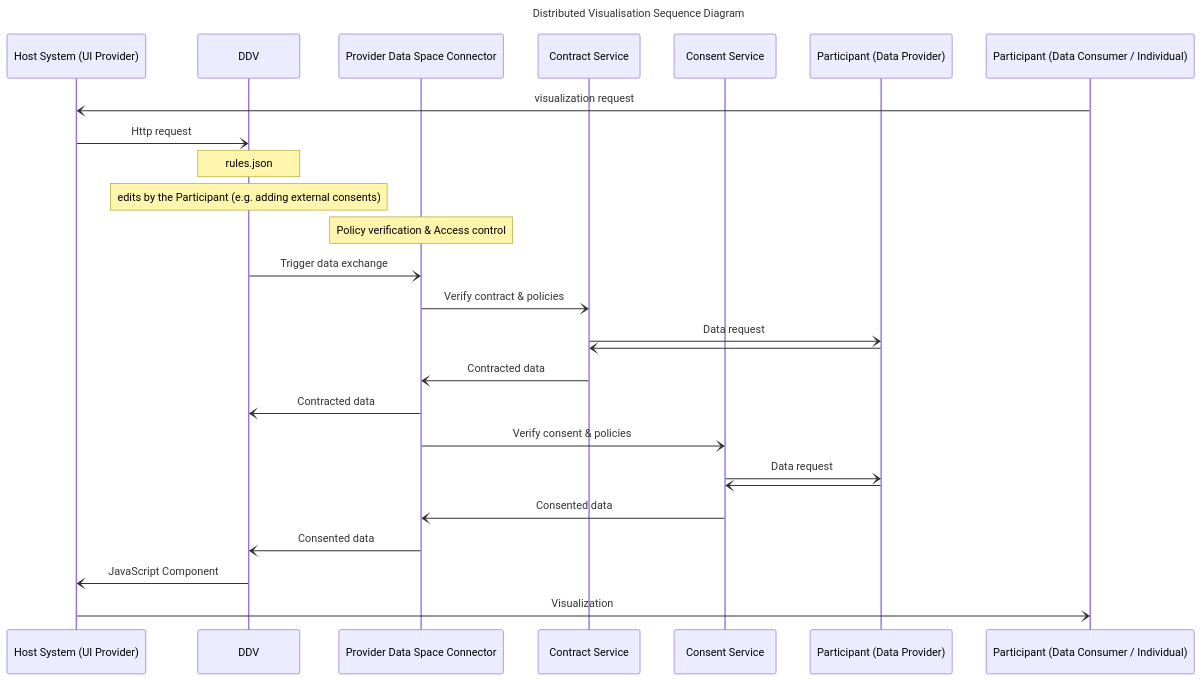
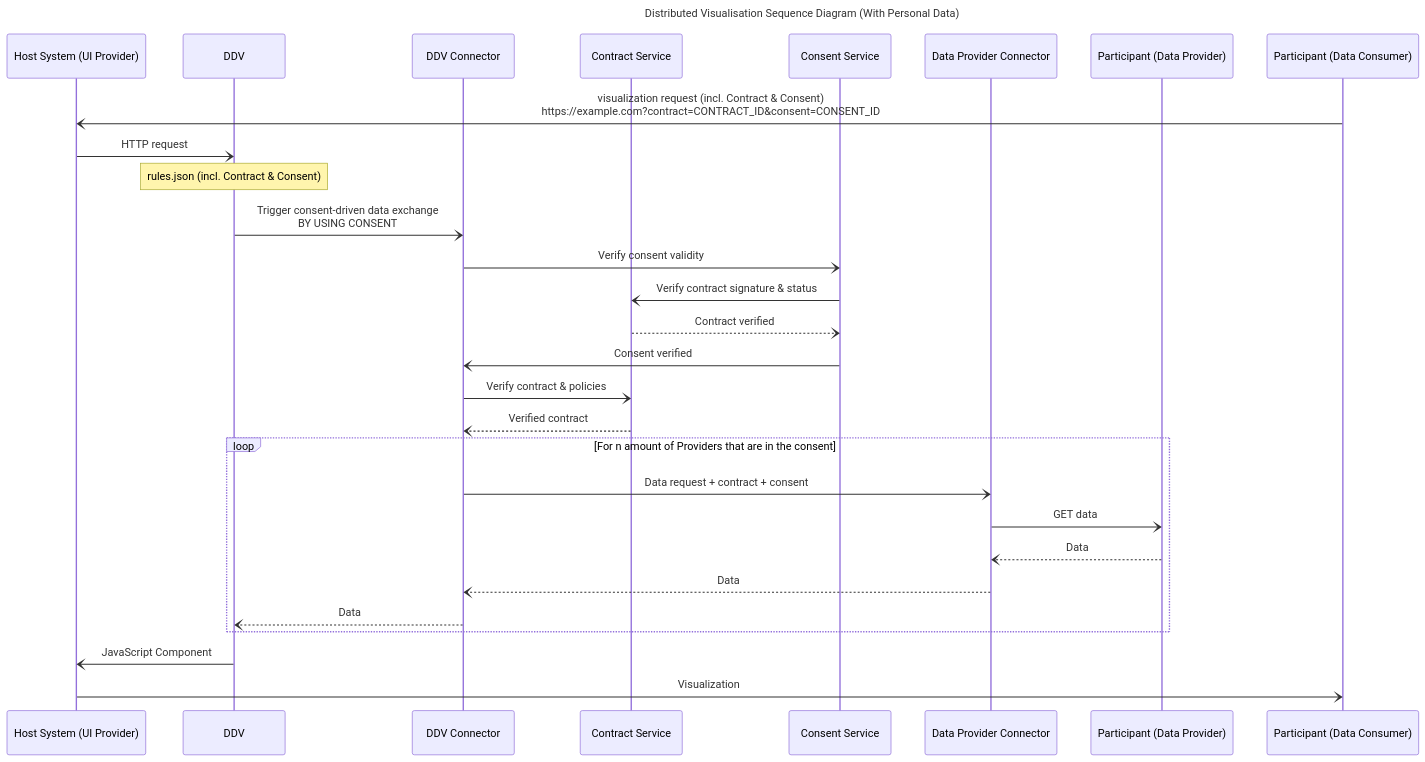
Before and after one commit to azapat/distributed-datavis: the third of 3 diagrams in docs/design-document.md, drawn with Mermaid. The commit also changed other lines of this file, not shown here.

First line of the commit message:
docs: adjusted sequence diagram & I/O section for contract & consent (#2)

````diff
--- a/docs/design-document.md
+++ b/docs/design-document.md
@@ -296,34 +346,37 @@
 ```mermaid
 ---
-title: Distributed Visualisation Sequence Diagram
+title: Distributed Visualisation Sequence Diagram (With Personal Data)
 ---
 
 sequenceDiagram
     participant host as Host System (UI Provider)
-    participant bb as DDV
-    participant provconn as Provider Data Space Connector
-    participant contract as Contract Service
-    participant consent as Consent Service
-    participant prov as Participant (Data Provider) 
-    participant cons as Participant (Data Consumer / Individual)
+    participant ddv as DDV
+    participant ddvcon as DDV Connector
+    participant con as Contract Service
+    participant cons as Consent Service
+    participant dpcon as Data Provider Connector
+    participant dp as Participant (Data Provider)
+    participant dc as Participant (Data Consumer)
 
-    cons -) host: visualization request
-    host -) bb: Http request
-    Note over bb: rules.json
-    Note over bb: edits by the Participant (e.g. adding external consents)
-    Note over provconn: Policy verification & Access control 
-    bb -) provconn: Trigger data exchange
-    provconn -) contract: Verify contract & policies
-    contract -) prov: Data request
-    prov -) contract: 
-    contract -) provconn: Contracted data
-    provconn -) bb: Contracted data
-    provconn -) consent: Verify consent & policies
-    consent -) prov: Data request
-    prov -) consent: 
-    consent -) provconn: Consented data
-    provconn -) bb: Consented data
-    bb -)  host: JavaScript Component
-    host -)  cons: Visualization
-    
+    dc -) host: visualization request (incl. Contract & Consent) <br>https://example.com?contract=CONTRACT_ID&consent=CONSENT_ID
+    host -) ddv: HTTP request
+    Note over ddv: rules.json (incl. Contract & Consent)
+    ddv -) ddvcon: Trigger consent-driven data exchange<br>BY USING CONSENT
+    ddvcon -) cons: Verify consent validity
+    cons -) con: Verify contract signature & status
+    con --) cons: Contract verified
+    cons -) ddvcon: Consent verified
+    ddvcon -) con: Verify contract & policies
+    con --) ddvcon: Verified contract
+
+    loop For n amount of Providers that are in the consent
+    ddvcon -) dpcon: Data request + contract + consent
+    dpcon -) dp: GET data
+    dp --) dpcon: Data
+    dpcon --) ddvcon: Data
+    ddvcon --) ddv: Data
+    end
+
+    ddv -)  host: JavaScript Component
+    host -)  dc: Visualization
 ```
````
